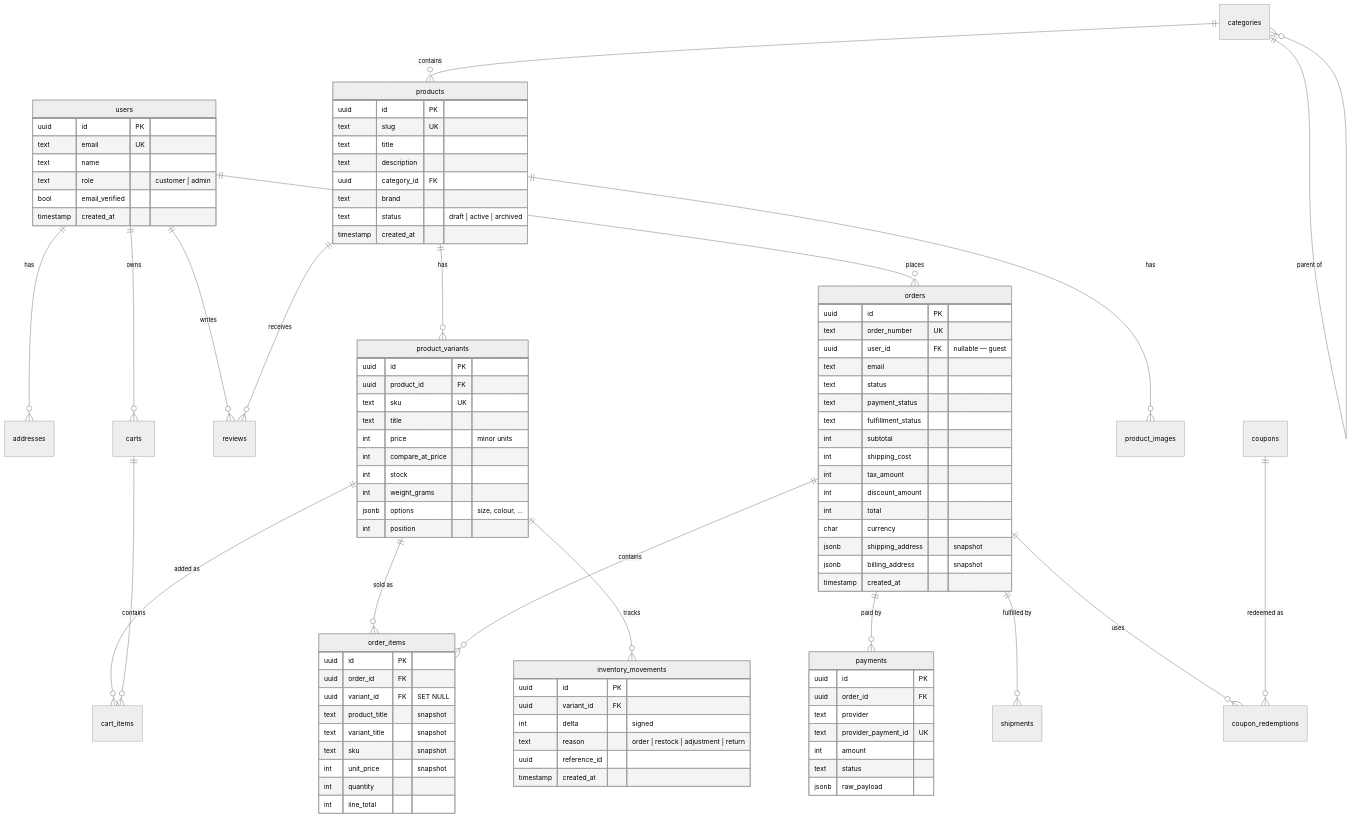
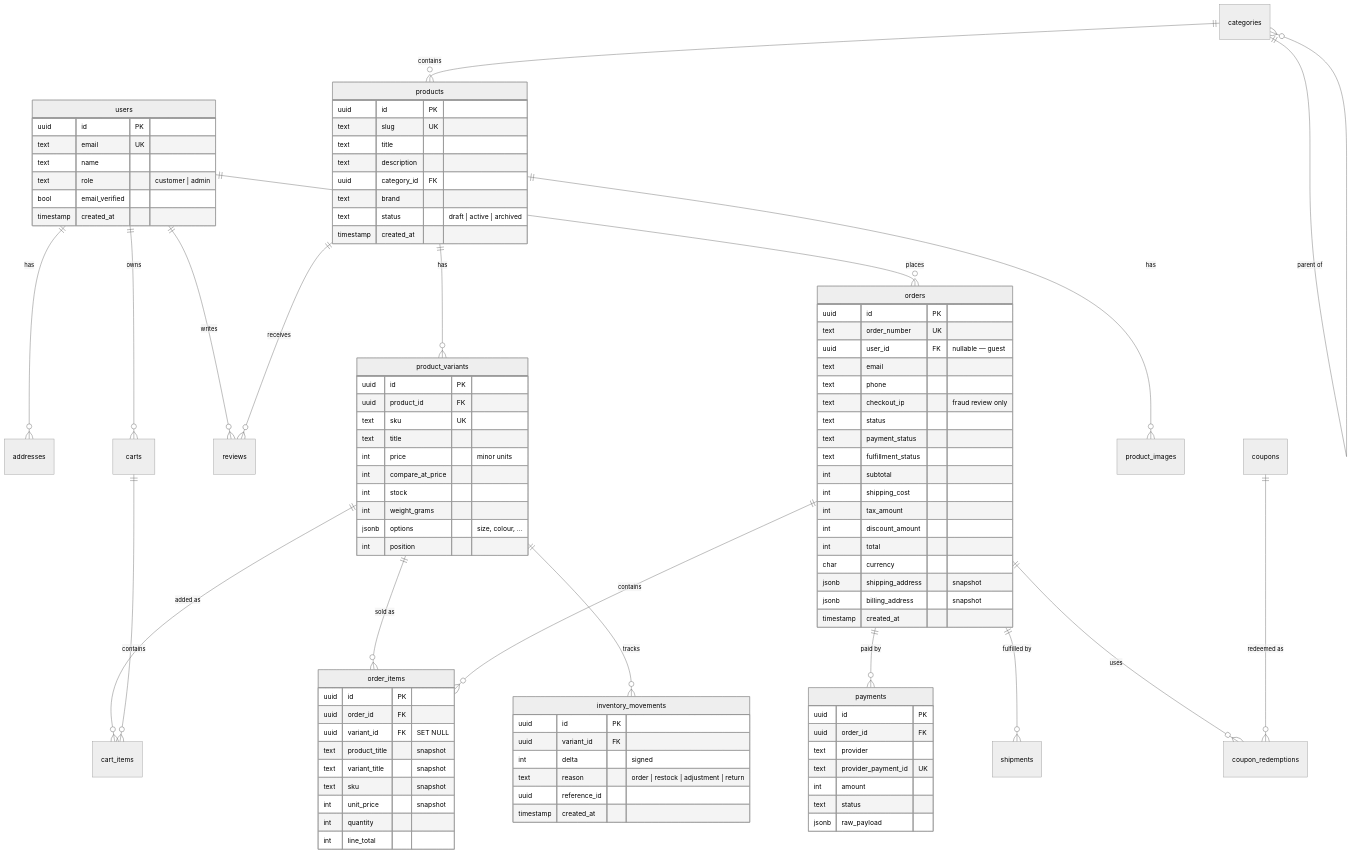
Before and after one commit to Minhazsiraji/mycommerce: the diagram in docs/02-data-model.md, drawn with Mermaid (neutral theme). The commit also changed other lines of this file and 28 other files, not shown here.

Commit message:
feat(checkout): validate addresses and add fraud controls

```diff
--- a/docs/02-data-model.md
+++ b/docs/02-data-model.md
@@ -111,6 +111,8 @@
         text order_number UK
         uuid user_id FK "nullable — guest"
         text email
+        text phone
+        text checkout_ip "fraud review only"
         text status
         text payment_status
         text fulfillment_status
```
